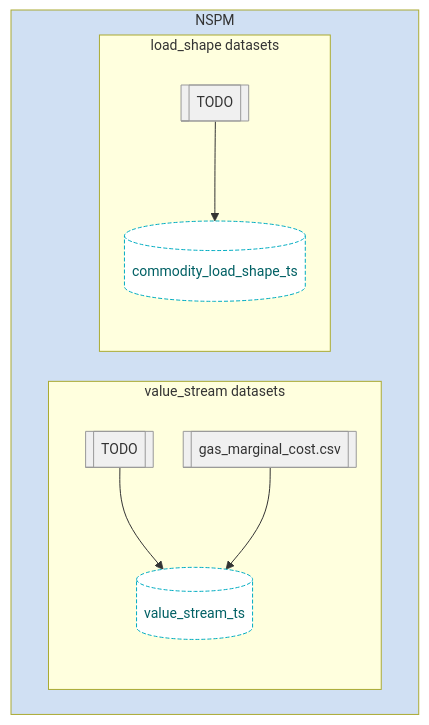
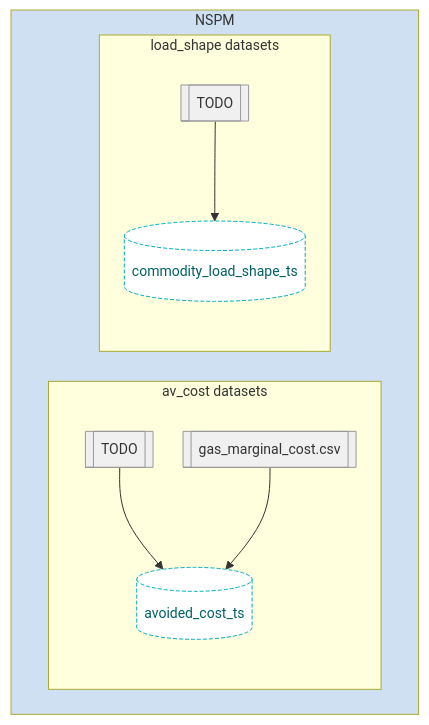
The third of 4 diagrams in README.md (openbca/openbca), drawn with Mermaid before and after one commit. The commit also changed other lines of this file and 2 other files, not shown here.

Commit message:
renaming in the diagram

````diff
--- a/README.md
+++ b/README.md
@@ -157,34 +157,34 @@
 ```mermaid
 %%{ init: { "theme": "default", "themeVariables": { "fontSize": "14px" }, "flowchart": { "nodeSpacing": 30, "curve": "basis" } } }%%
 flowchart TD
 
     %% === NSPM Subgraph ===
     subgraph NSPM ["NSPM"]
         style NSPM fill:#d0e0f3
 
-        subgraph NSPM_VS ["value_stream datasets"]
+        subgraph NSPM_VS ["av_cost datasets"]
             nspm_gas_marginal_cost[[gas_marginal_cost.csv]]:::fileref
             nspm_elec_av_costs[[TODO]]:::fileref
-            nspm_value_stream_ts[(value_stream_ts)]:::interface
+            nspm_avoided_cost_ts[(avoided_cost_ts)]:::interface
 
-            nspm_elec_av_costs --> nspm_value_stream_ts
-            nspm_gas_marginal_cost --> nspm_value_stream_ts
+            nspm_elec_av_costs --> nspm_avoided_cost_ts
+            nspm_gas_marginal_cost --> nspm_avoided_cost_ts
         end
 
         subgraph NSPM_LS ["load_shape datasets"]
             nspm_hourly_electric_load[[TODO]]:::fileref
             nspm_commodity_load_shape_ts[(commodity_load_shape_ts)]:::interface
 
             nspm_hourly_electric_load --> nspm_commodity_load_shape_ts
         end
     end
 
     %% === CLASS DEFINITIONS ===
     classDef input fill:#cce5ff,stroke:#3399ff,color:#003366,stroke-width:2px;
     %%classDef intermediate 
     classDef output fill:#d4edda,stroke:#28a745,color:#155724,stroke-width:2px;
     classDef interface fill:#ffffff,stroke:#00acc1,color:#006064,stroke-dasharray: 4 2;
     classDef fileref fill:#f0f0f0,stroke:#999999,color:#333,stroke-width:1px;
     classDef user fill:#ffe0e0,stroke:#cc0000,color:#660000,stroke-width:2px;
 
 ```
````
